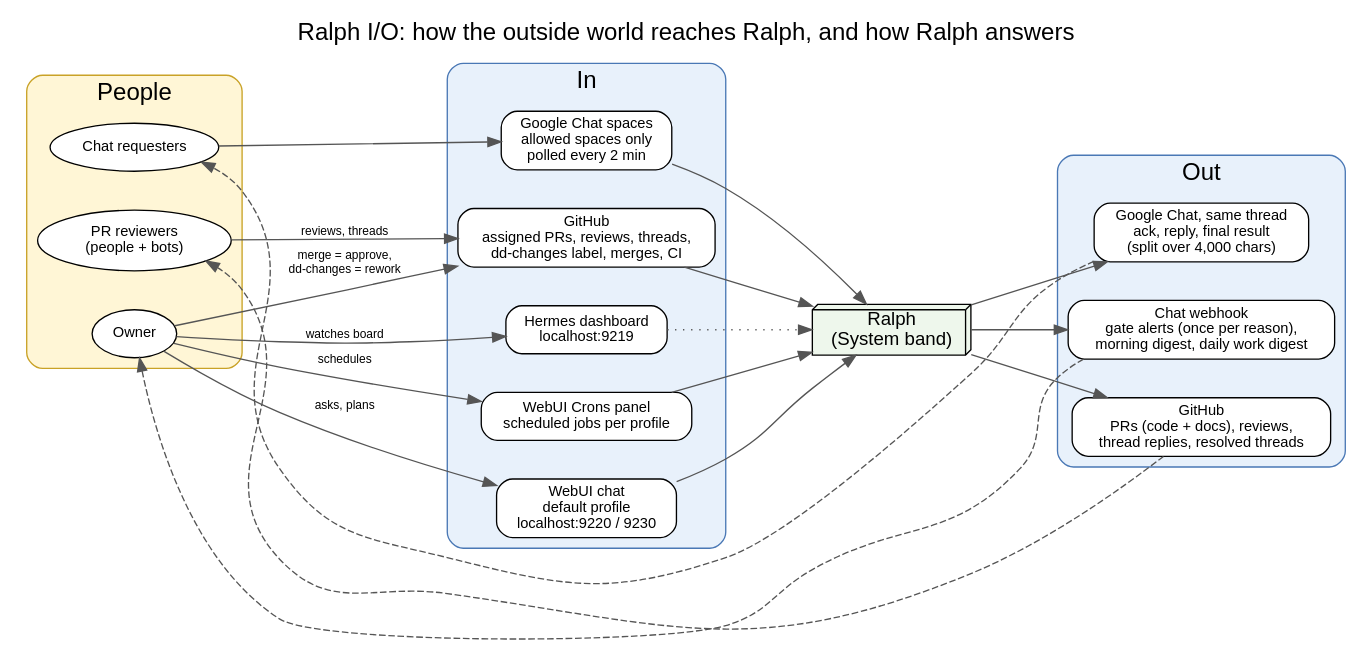
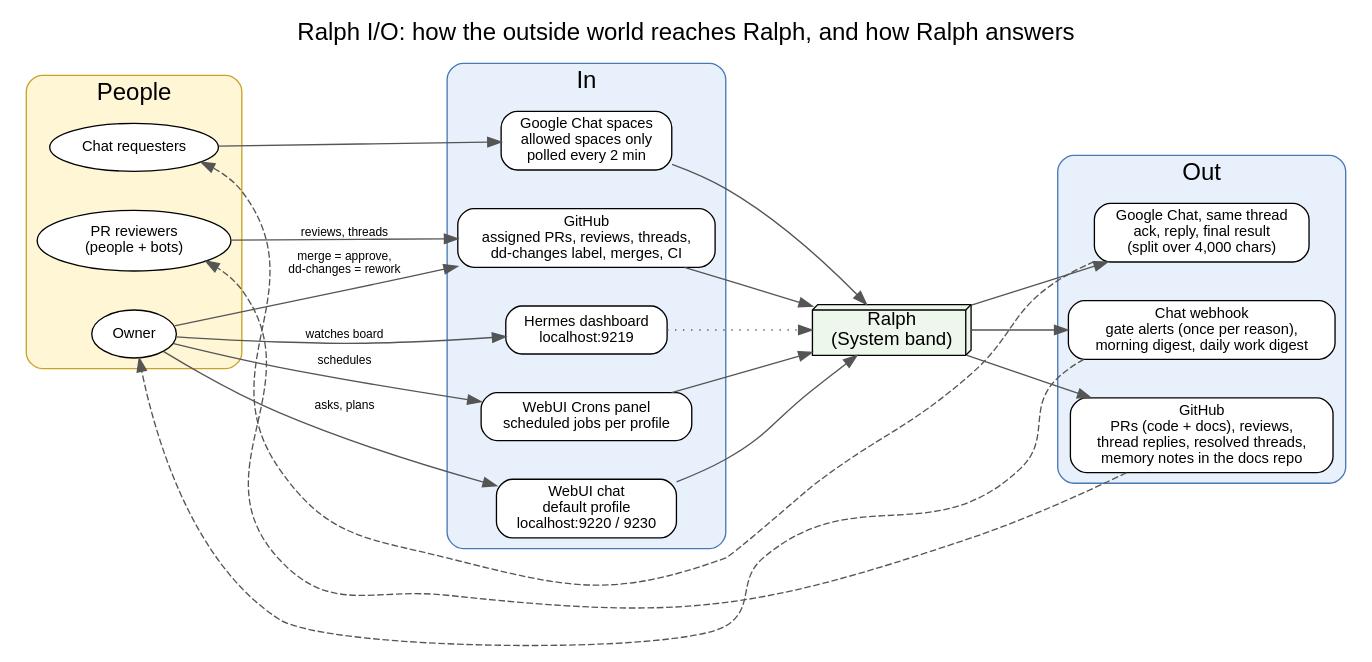
Before and after one commit to Zhachory1/ralph: the diagram in docs/diagrams/io.dot, drawn with Graphviz. The commit also changed 11 other files, not shown here.

Commit message:
docs(knowledge): cover the service in READMEs, onboarding, flow and I/O diagrams

```diff
--- a/docs/diagrams/io.dot
+++ b/docs/diagrams/io.dot
@@ -1,38 +1,38 @@
 digraph io {
   graph [rankdir=LR, fontname="Helvetica", fontsize=18, labelloc=t, nodesep=0.4, ranksep=1.0,
          label="Ralph I/O: how the outside world reaches Ralph, and how Ralph answers"];
   node  [fontname="Helvetica", fontsize=11, shape=box, style="rounded,filled", fillcolor=white];
   edge  [fontname="Helvetica", fontsize=9, color="#555555"];
 
   subgraph cluster_people { label="People"; style="rounded,filled"; fillcolor="#FFF6D6"; color="#C9A227";
     owner     [label="Owner", shape=ellipse];
     requester [label="Chat requesters", shape=ellipse];
     reviewers [label="PR reviewers\n(people + bots)", shape=ellipse];
   }
 
   subgraph cluster_in { label="In"; style="rounded,filled"; fillcolor="#E8F1FB"; color="#4A78B5";
     webui    [label="WebUI chat\ndefault profile\nlocalhost:9220 / 9230"];
     dash     [label="Hermes dashboard\nlocalhost:9219"];
     gchat_in [label="Google Chat spaces\nallowed spaces only\npolled every 2 min"];
     gh_in    [label="GitHub\nassigned PRs, reviews, threads,\ndd-changes label, merges, CI"];
     cron_ui  [label="WebUI Crons panel\nscheduled jobs per profile"];
   }
 
   ralph [label="Ralph\n(System band)", shape=box3d, fillcolor="#EEF7EC", fontsize=14];
 
   subgraph cluster_out { label="Out"; style="rounded,filled"; fillcolor="#E8F1FB"; color="#4A78B5";
     gchat_out [label="Google Chat, same thread\nack, reply, final result\n(split over 4,000 chars)"];
     notify    [label="Chat webhook\ngate alerts (once per reason),\nmorning digest, daily work digest"];
-    gh_out    [label="GitHub\nPRs (code + docs), reviews,\nthread replies, resolved threads"];
+    gh_out    [label="GitHub\nPRs (code + docs), reviews,\nthread replies, resolved threads,\nmemory notes in the docs repo"];
   }
 
   owner -> webui [label="asks, plans"]; owner -> dash [label="watches board"];
   owner -> cron_ui [label="schedules"];
   owner -> gh_in [label="merge = approve,\ndd-changes = rework"];
   requester -> gchat_in; reviewers -> gh_in [label="reviews, threads"];
   webui -> ralph; dash -> ralph [style=dotted]; cron_ui -> ralph; gchat_in -> ralph; gh_in -> ralph;
   ralph -> gchat_out; ralph -> notify; ralph -> gh_out;
   gchat_out -> requester [style=dashed, constraint=false];
   notify -> owner [style=dashed, constraint=false];
   gh_out -> reviewers [style=dashed, constraint=false];
 }
```
